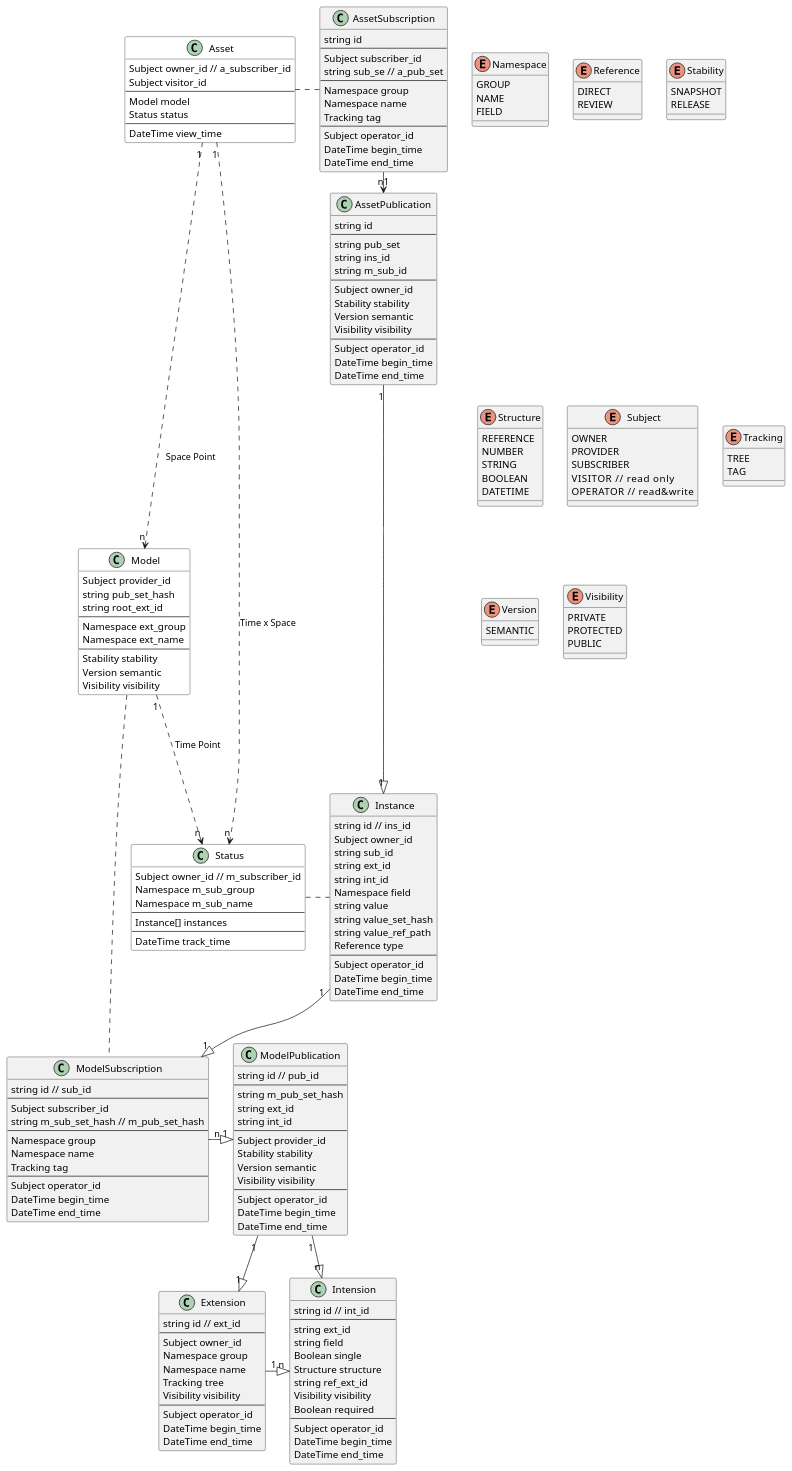
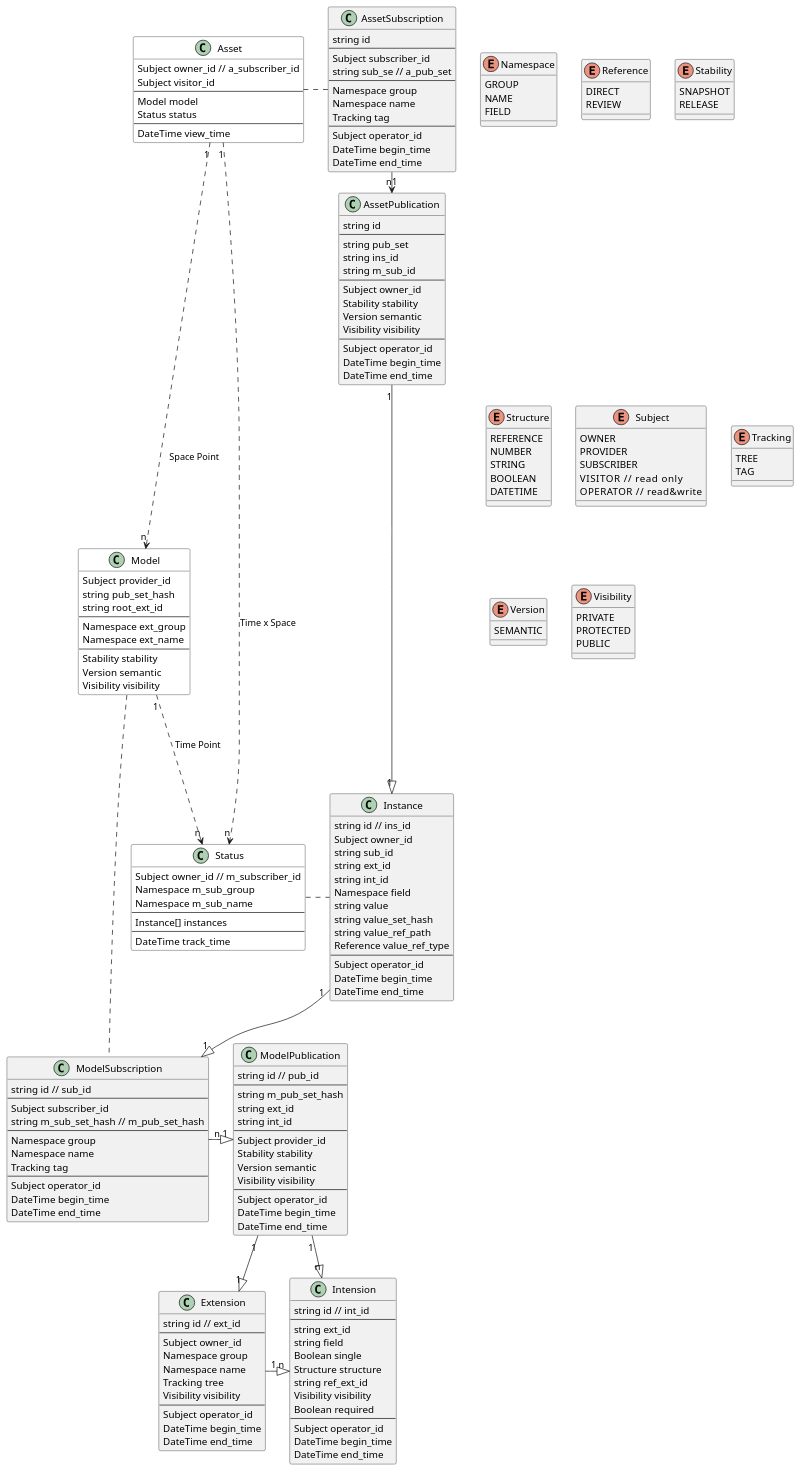
Before and after one commit to SINeWang/kiimate: the diagram in kiimate.puml, drawn with PlantUML. The commit also changed 1 other file, not shown here.

```diff
--- a/kiimate.puml
+++ b/kiimate.puml
@@ -167,7 +167,7 @@
     string value
     string value_set_hash
     string value_ref_path
-    Reference type
+    Reference value_ref_type
     ---
     Subject operator_id
     DateTime begin_time
```
